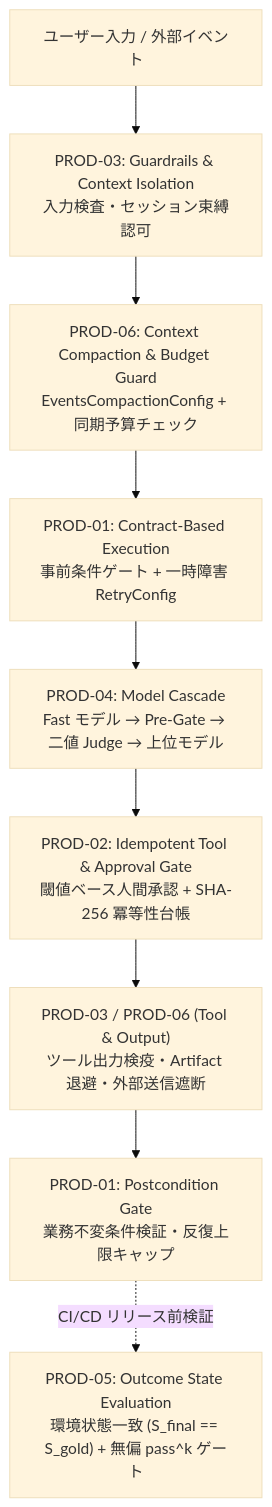
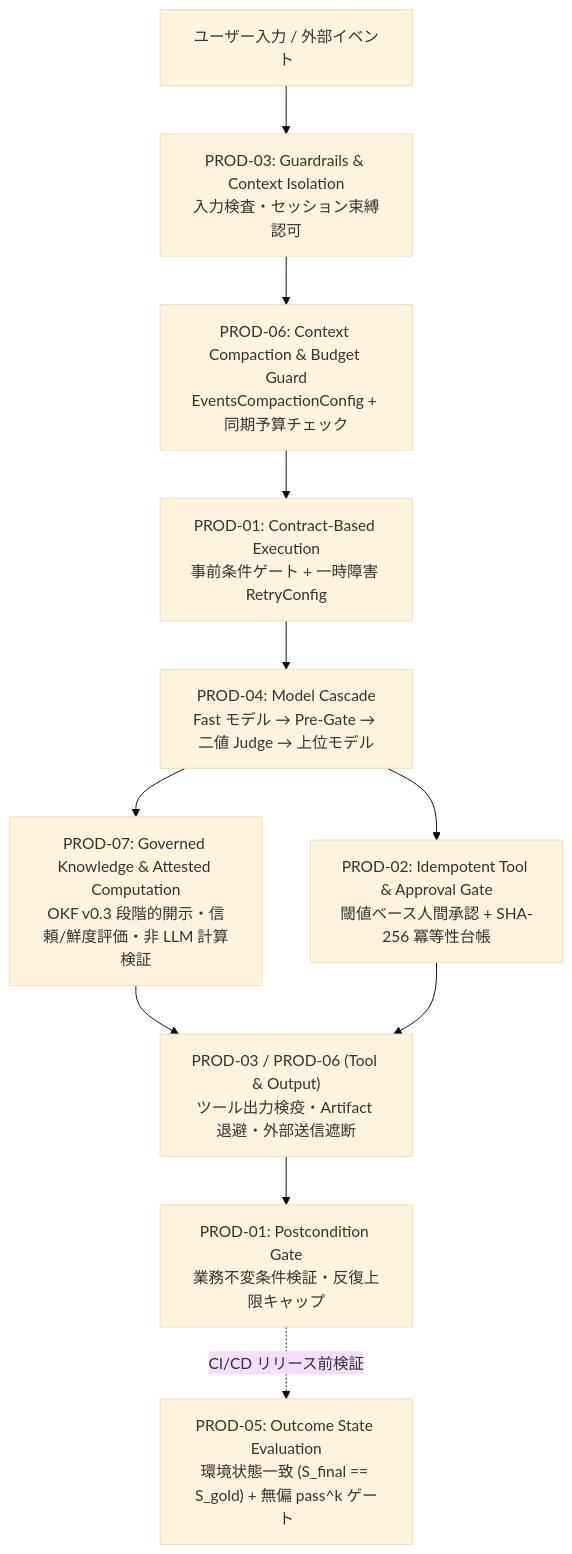
Before and after one commit to tyorikan/agent-design-patterns: the diagram in production_patterns/README.md, drawn with Mermaid (base theme). The commit also changed other lines of this file and 26 other files, not shown here.

Commit message:
feat(prod07): add Governed Knowledge & Attested Computation pattern (OKF v0.3)

````diff
--- a/production_patterns/README.md
+++ b/production_patterns/README.md
@@ -11,11 +11,13 @@
 ```mermaid
 flowchart TB
     Req["ユーザー入力 / 外部イベント"] --> P3In["PROD-03: Guardrails & Context Isolation<br/>入力検査・セッション束縛認可"]
     P3In --> P6Pre["PROD-06: Context Compaction & Budget Guard<br/>EventsCompactionConfig + 同期予算チェック"]
     P6Pre --> P1Pre["PROD-01: Contract-Based Execution<br/>事前条件ゲート + 一時障害 RetryConfig"]
     P1Pre --> P4["PROD-04: Model Cascade<br/>Fast モデル → Pre-Gate → 二値 Judge → 上位モデル"]
+    P4 --> P7["PROD-07: Governed Knowledge & Attested Computation<br/>OKF v0.3 段階的開示・信頼/鮮度評価・非 LLM 計算検証"]
     P4 --> P2["PROD-02: Idempotent Tool & Approval Gate<br/>閾値ベース人間承認 + SHA-256 冪等性台帳"]
-    P2 --> P3Out["PROD-03 / PROD-06 (Tool & Output)<br/>ツール出力検疫・Artifact 退避・外部送信遮断"]
+    P7 --> P3Out["PROD-03 / PROD-06 (Tool & Output)<br/>ツール出力検疫・Artifact 退避・外部送信遮断"]
+    P2 --> P3Out
     P3Out --> P1Post["PROD-01: Postcondition Gate<br/>業務不変条件検証・反復上限キャップ"]
     P1Post -.->|"CI/CD リリース前検証"| P5["PROD-05: Outcome State Evaluation<br/>環境状態一致 (S_final == S_gold) + 無偏 pass^k ゲート"]
 ```
````
